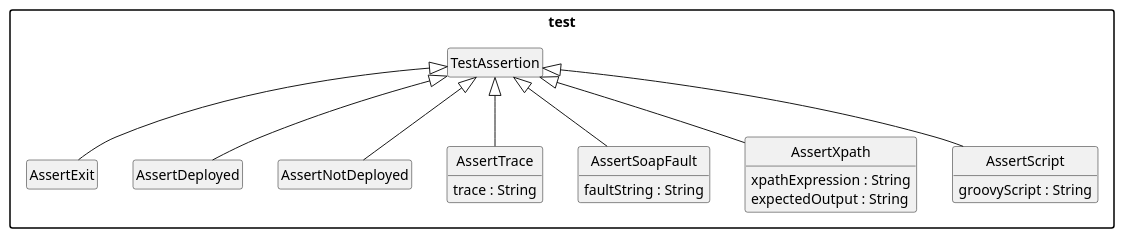
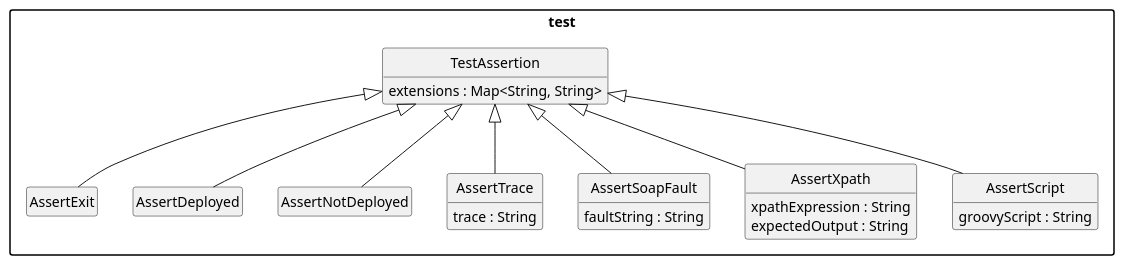
The diagram in pebl/doc/benchmark-test-assertions.puml (uniba-dsg/betsy), drawn with PlantUML before and after one commit. The commit also changed 175 other files, not shown here.

```diff
--- a/pebl/doc/benchmark-test-assertions.puml
+++ b/pebl/doc/benchmark-test-assertions.puml
@@ -1,34 +1,35 @@
 @startuml
 
 package "test" {
 
 	class TestAssertion {
+	extensions : Map<String, String>
 	}
 
 	class AssertExit extends TestAssertion
 	class AssertDeployed extends TestAssertion
 	class AssertNotDeployed extends TestAssertion
 	class AssertTrace extends TestAssertion {
 	  trace : String
 	}
 	class AssertSoapFault extends TestAssertion {
 	  faultString : String
 	}
 	class AssertXpath extends TestAssertion {
 	  xpathExpression : String
 	  expectedOutput : String
 	}
 	class AssertScript extends TestAssertion {
     	  groovyScript : String
     	}
 
 }
 
 hide empty members
 hide empty methods
 hide circle
 
 skinparam monochrome true
 skinparam shadowing false
 skinparam packageStyle rect
 @enduml
```
